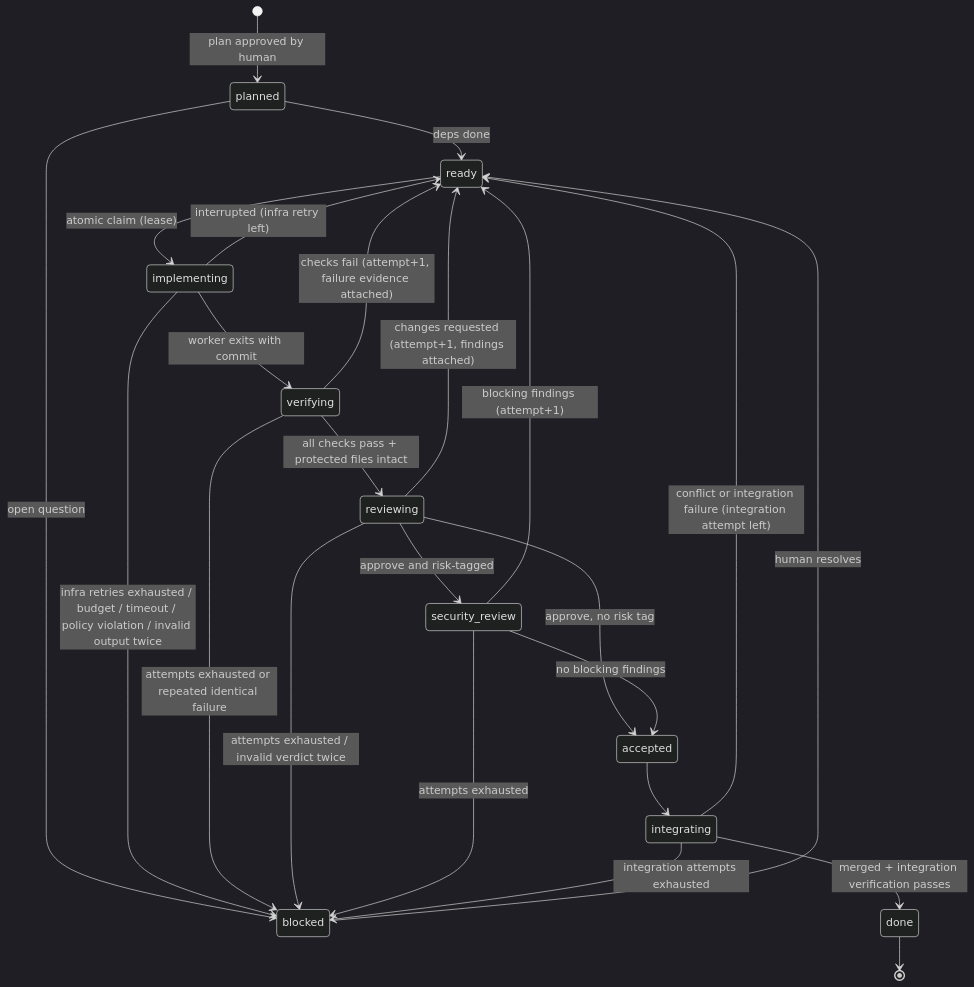
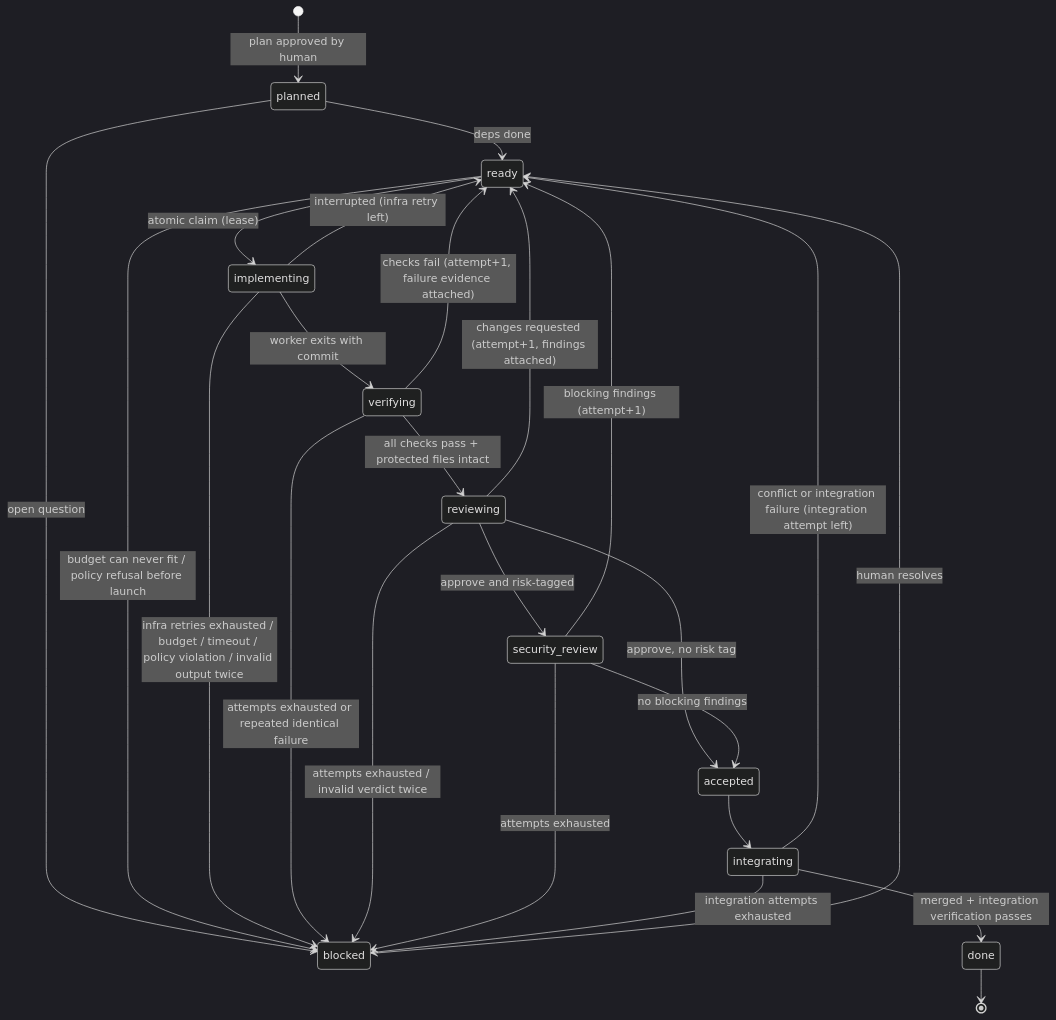
Before and after one commit to Rockhelljumper/Engineering-Orchestrator: the second of 2 diagrams in docs/02-architecture.md, drawn with Mermaid (dark theme). The commit also changed 48 other files, not shown here.

````diff
--- a/docs/02-architecture.md
+++ b/docs/02-architecture.md
@@ -99,26 +99,27 @@
 ```mermaid
 stateDiagram-v2
   [*] --> planned: plan approved by human
   planned --> ready: deps done
   planned --> blocked: open question
   ready --> implementing: atomic claim (lease)
+  ready --> blocked: budget can never fit / policy refusal before launch
   implementing --> verifying: worker exits with commit
   implementing --> ready: interrupted (infra retry left)
   implementing --> blocked: infra retries exhausted / budget / timeout / policy violation / invalid output twice
   verifying --> reviewing: all checks pass + protected files intact
   verifying --> ready: checks fail (attempt+1, failure evidence attached)
   verifying --> blocked: attempts exhausted or repeated identical failure
   reviewing --> security_review: approve and risk-tagged
   reviewing --> accepted: approve, no risk tag
   reviewing --> ready: changes requested (attempt+1, findings attached)
   reviewing --> blocked: attempts exhausted / invalid verdict twice
   security_review --> accepted: no blocking findings
   security_review --> ready: blocking findings (attempt+1)
   security_review --> blocked: attempts exhausted
   accepted --> integrating
   integrating --> done: merged + integration verification passes
   integrating --> ready: conflict or integration failure (integration attempt left)
   integrating --> blocked: integration attempts exhausted
   blocked --> ready: human resolves
   done --> [*]
 ```
````
